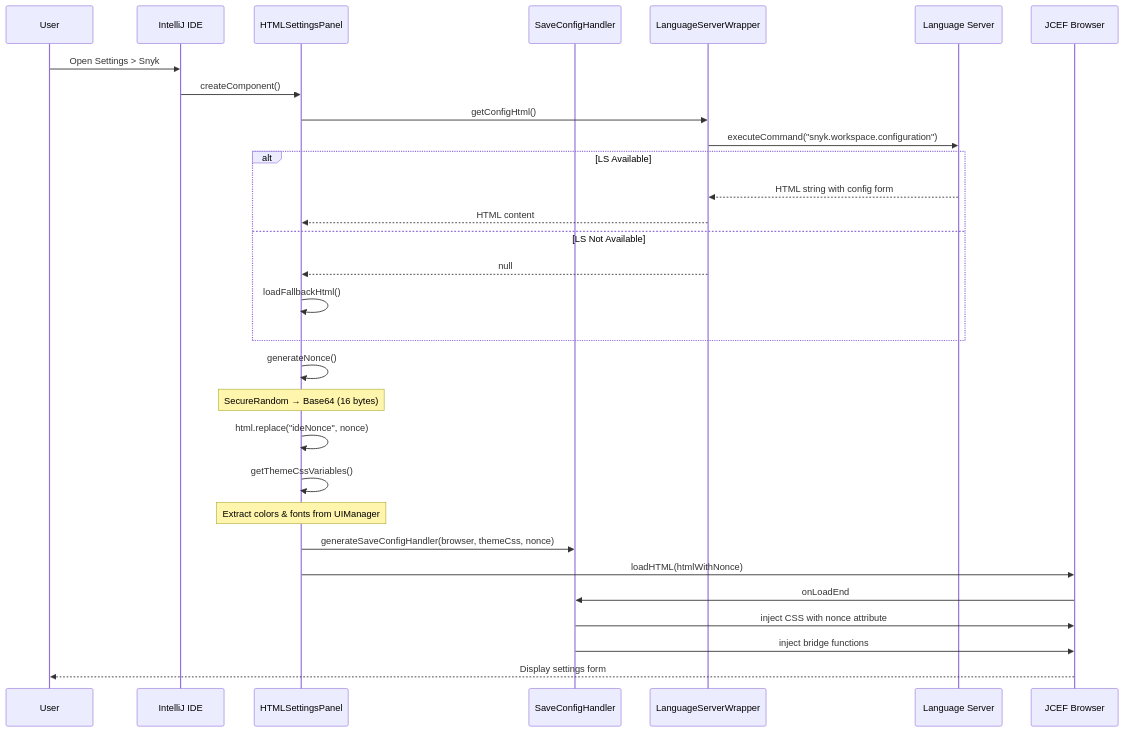
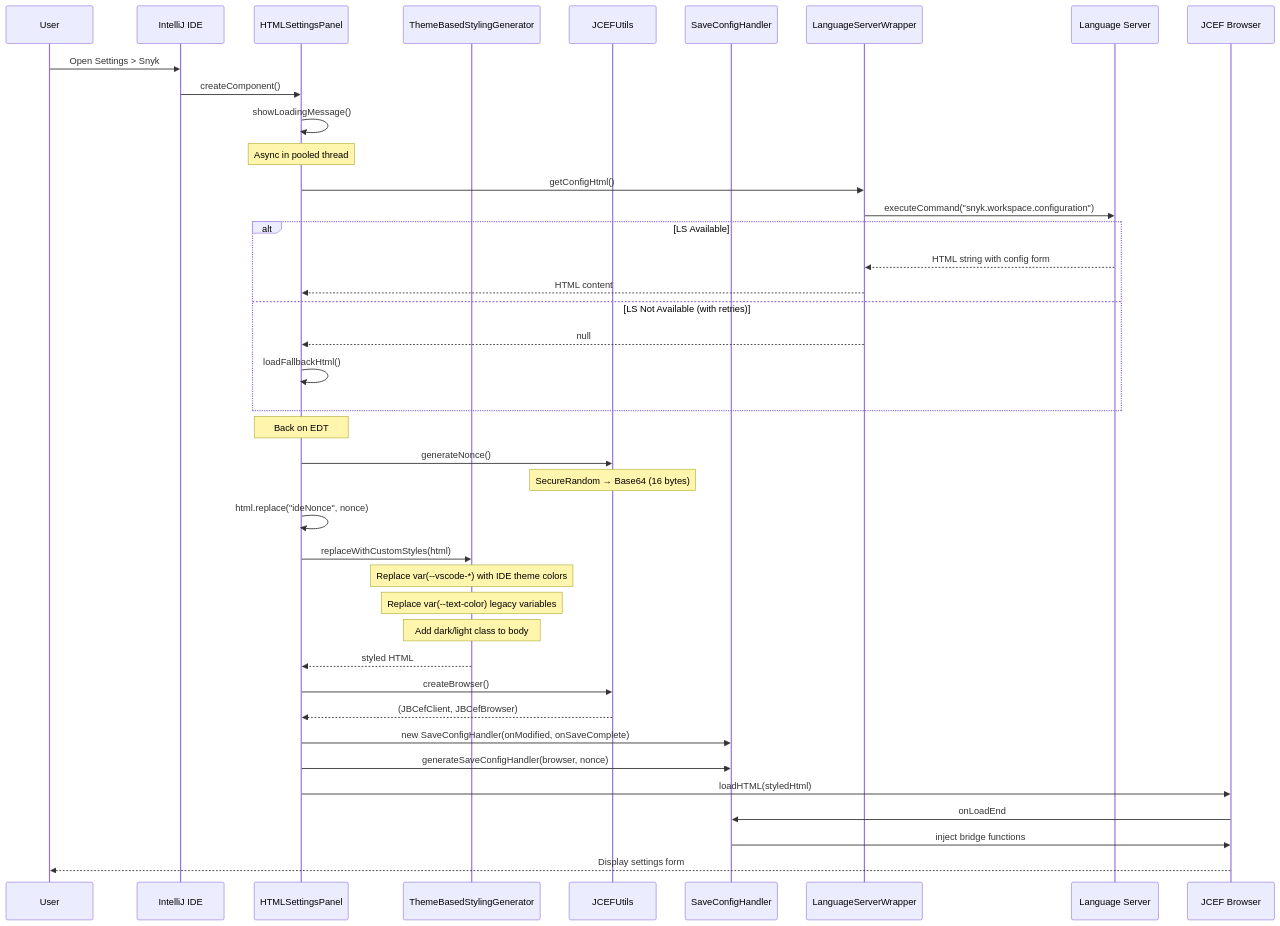
One commit to snyk/snyk-intellij-plugin changed the second of 5 diagrams in docs/html-settings-panel-architecture.md. Above: the diagram before and after it, drawn with Mermaid. The commit also changed other lines of this file and 5 other files, not shown here.

First line of the commit message:
fix: resolve race condition in settings save and improve theme styling

````diff
--- a/docs/html-settings-panel-architecture.md
+++ b/docs/html-settings-panel-architecture.md
@@ -84,38 +92,50 @@
 ```mermaid
 sequenceDiagram
     participant User
     participant IDE as IntelliJ IDE
     participant HSP as HTMLSettingsPanel
+    participant TBSG as ThemeBasedStylingGenerator
+    participant JCU as JCEFUtils
     participant SCH as SaveConfigHandler
     participant LSW as LanguageServerWrapper
     participant LS as Language Server
     participant JCEF as JCEF Browser
 
     User->>IDE: Open Settings > Snyk
     IDE->>HSP: createComponent()
+    HSP->>HSP: showLoadingMessage()
+    
+    Note over HSP: Async in pooled thread
     HSP->>LSW: getConfigHtml()
     LSW->>LS: executeCommand("snyk.workspace.configuration")
     
     alt LS Available
         LS-->>LSW: HTML string with config form
         LSW-->>HSP: HTML content
-    else LS Not Available
+    else LS Not Available (with retries)
         LSW-->>HSP: null
         HSP->>HSP: loadFallbackHtml()
     end
     
-    HSP->>HSP: generateNonce()
-    Note over HSP: SecureRandom → Base64 (16 bytes)
+    Note over HSP: Back on EDT
+    HSP->>JCU: generateNonce()
+    Note over JCU: SecureRandom → Base64 (16 bytes)
     HSP->>HSP: html.replace("ideNonce", nonce)
     
-    HSP->>HSP: getThemeCssVariables()
-    Note over HSP: Extract colors & fonts from UIManager
+    HSP->>TBSG: replaceWithCustomStyles(html)
+    Note over TBSG: Replace var(--vscode-*) with IDE theme colors
+    Note over TBSG: Replace var(--text-color) legacy variables
+    Note over TBSG: Add dark/light class to body
+    TBSG-->>HSP: styled HTML
     
-    HSP->>SCH: generateSaveConfigHandler(browser, themeCss, nonce)
-    HSP->>JCEF: loadHTML(htmlWithNonce)
+    HSP->>JCU: createBrowser()
+    JCU-->>HSP: (JBCefClient, JBCefBrowser)
+    
+    HSP->>SCH: new SaveConfigHandler(onModified, onSaveComplete)
+    HSP->>SCH: generateSaveConfigHandler(browser, nonce)
+    HSP->>JCEF: loadHTML(styledHtml)
     
     JCEF->>SCH: onLoadEnd
-    SCH->>JCEF: inject CSS with nonce attribute
     SCH->>JCEF: inject bridge functions
     JCEF-->>User: Display settings form
 ```
````
